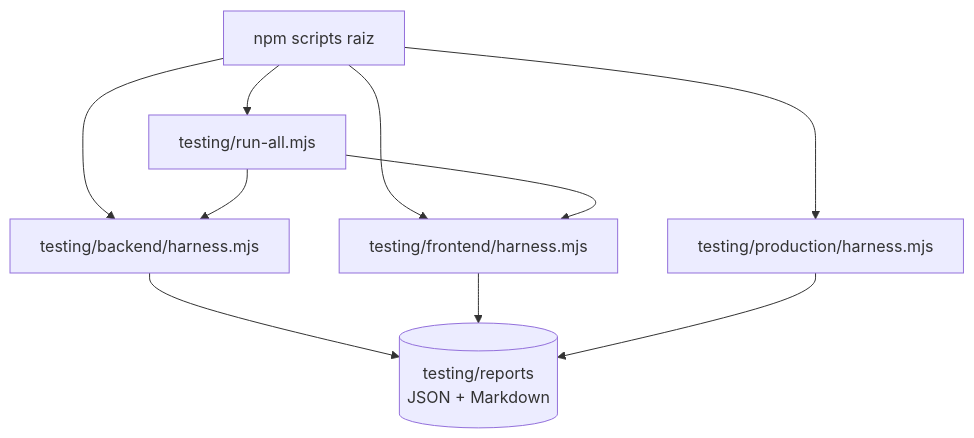
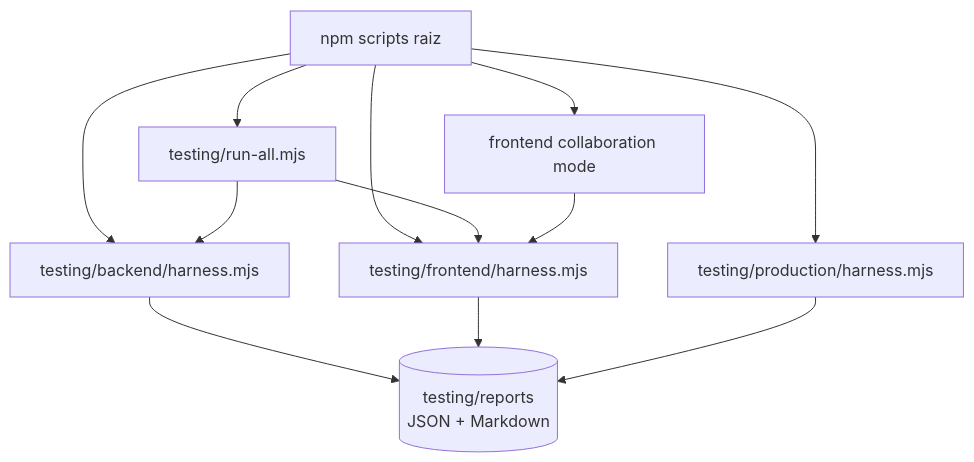
One commit to EmmiSiu/rommag_studio changed the first of 4 diagrams in docs/testing-harness.md. Above: the diagram before and after it, drawn with Mermaid. The commit also changed other lines of this file and 19 other files, not shown here.

````diff
--- a/docs/testing-harness.md
+++ b/docs/testing-harness.md
@@ -6,19 +6,22 @@
 ```mermaid
 flowchart TB
     root["npm scripts raiz"]
     backend["testing/backend/harness.mjs"]
     frontend["testing/frontend/harness.mjs"]
     production["testing/production/harness.mjs"]
+    playlists["frontend collaboration mode"]
     all["testing/run-all.mjs"]
     reports[("testing/reports\nJSON + Markdown")]
 
     root --> backend
     root --> frontend
     root --> production
+    root --> playlists
     root --> all
     all --> backend
     all --> frontend
     backend --> reports
     frontend --> reports
+    playlists --> frontend
     production --> reports
 ```
````
